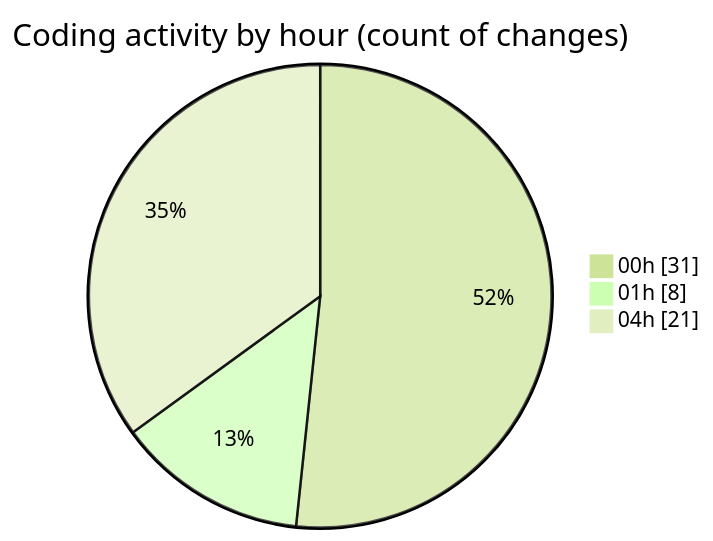
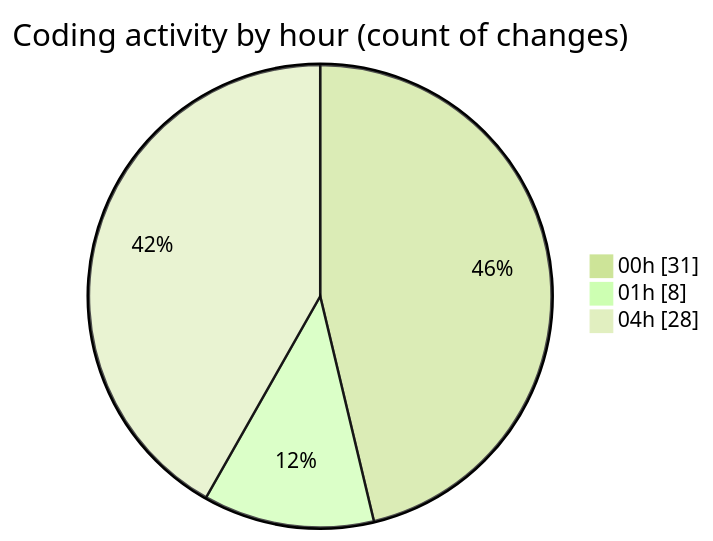
One commit to julien-gomy/code-tracking changed the second of 2 diagrams in 2025-10-28/usr_aleoudev_fr__workspace_/README.md. Above: the diagram before and after it, drawn with Mermaid (forest theme). The commit also changed other lines of this file and 1 other file, not shown here.

````diff
--- a/2025-10-28/usr_aleoudev_fr__workspace_/README.md
+++ b/2025-10-28/usr_aleoudev_fr__workspace_/README.md
@@ -33,7 +33,7 @@
 ```mermaid
 pie showData
 title Coding activity by hour (count of changes)
 "00h" : 31
 "01h" : 8
-"04h" : 21
+"04h" : 28
 ```
````
